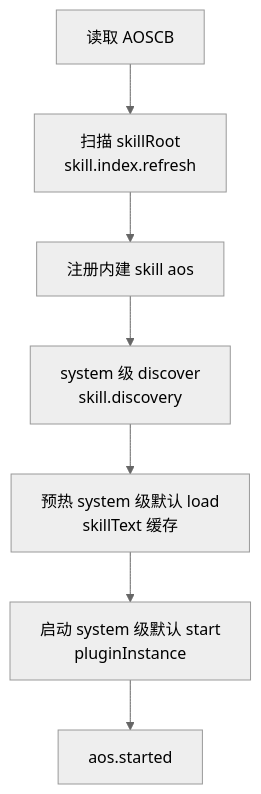
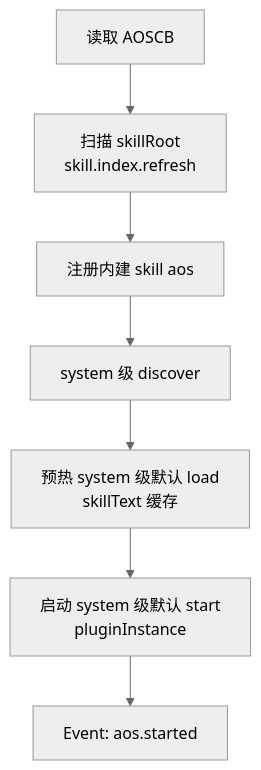
The fifth of 8 diagrams in AgentOS/docs/charter.md (Huafucius/EvoPalantir), drawn with Mermaid (neutral theme) before and after one commit. The commit also changed other lines of this file and 4 other files, not shown here.

````diff
--- a/AgentOS/docs/charter.md
+++ b/AgentOS/docs/charter.md
@@ -538,9 +542,9 @@
 ```mermaid
 flowchart TD
     A["读取 AOSCB"] --> B["扫描 skillRoot\nskill.index.refresh"]
     B --> C["注册内建 skill aos"]
-    C --> D["system 级 discover\nskill.discovery"]
+    C --> D["system 级 discover"]
     D --> E["预热 system 级默认 load\nskillText 缓存"]
     E --> F["启动 system 级默认 start\npluginInstance"]
-    F --> G["aos.started"]
+    F --> G["Event: aos.started"]
 ```
````
